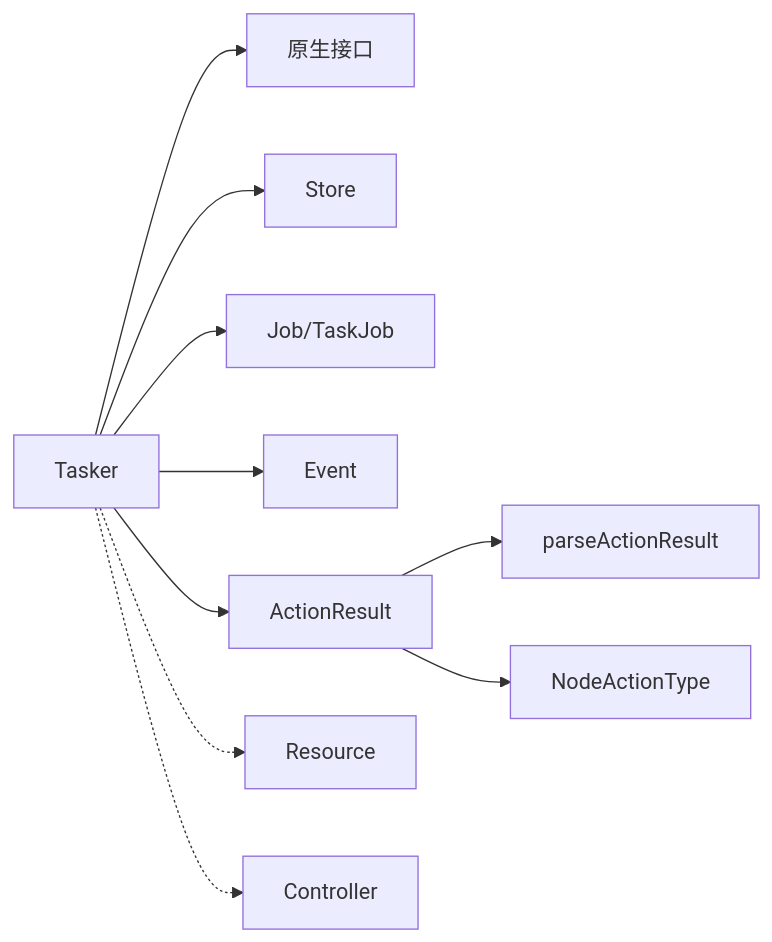
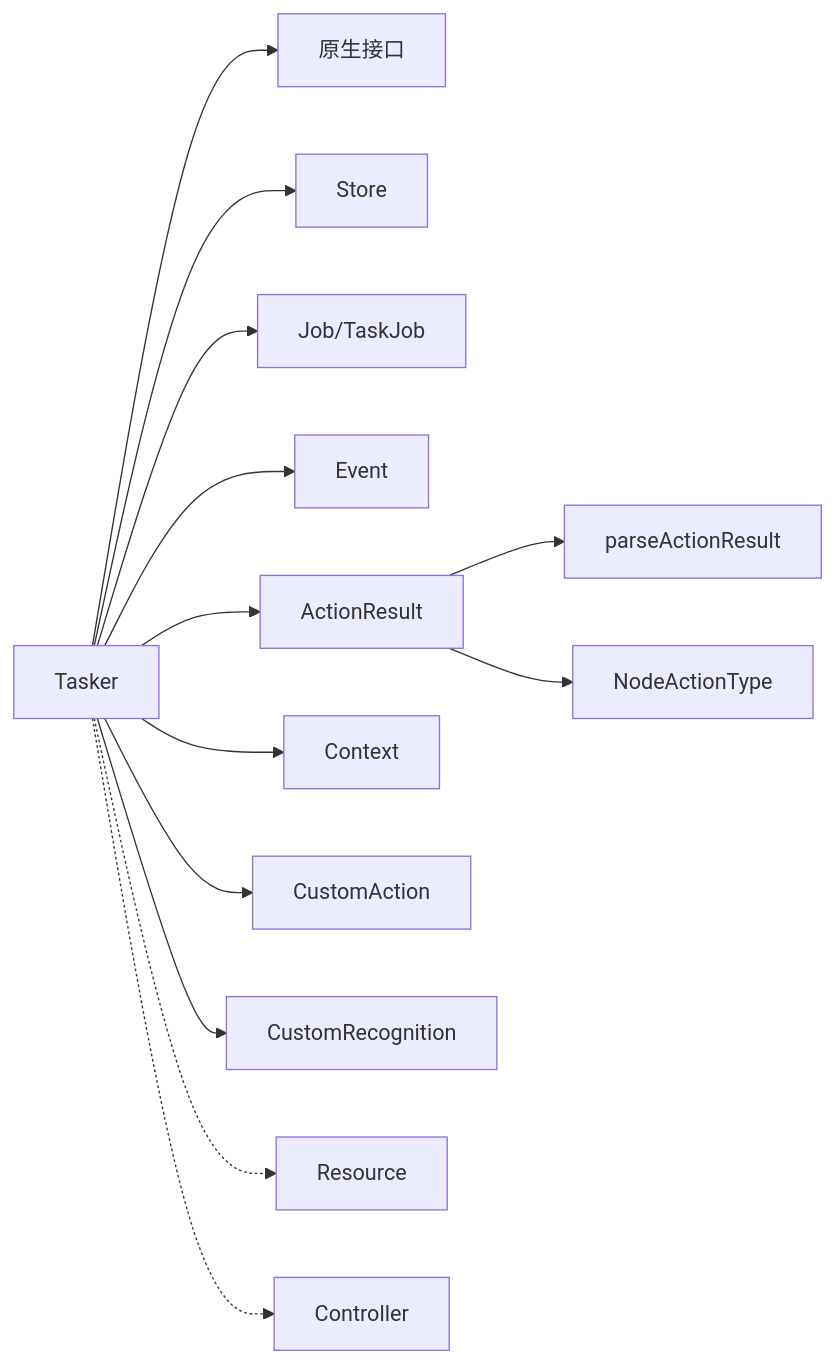
Before and after one commit to kqcoxn/MaaPipelineEditor: the ninth of 9 diagrams in instructions/maafw-golang-binding/核心概念/任务管理器 (Tasker).md, drawn with Mermaid. The commit also changed other lines of this file and 7 other files, not shown here.

````diff
--- a/instructions/maafw-golang-binding/核心概念/任务管理器 (Tasker).md
+++ b/instructions/maafw-golang-binding/核心概念/任务管理器 (Tasker).md
@@ -501,12 +576,15 @@
 ```mermaid
 graph LR
 T["Tasker"] --> N["原生接口"]
 T --> ST["Store"]
 T --> J["Job/TaskJob"]
 T --> E["Event"]
 T --> AR["ActionResult"]
+T --> CTX["Context"]
+T --> CA["CustomAction"]
+T --> CR["CustomRecognition"]
 T -.-> R["Resource"]
 T -.-> C["Controller"]
 AR --> PAR["parseActionResult"]
 AR --> TYP["NodeActionType"]
 ```
````
